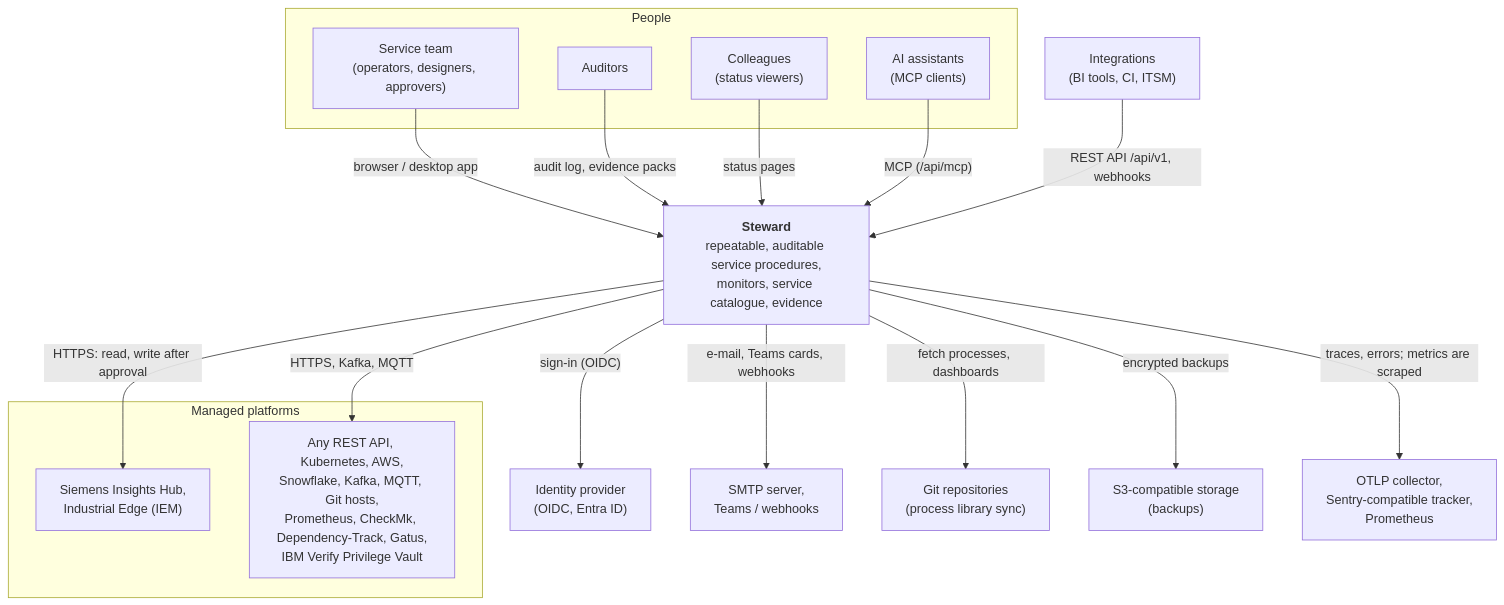
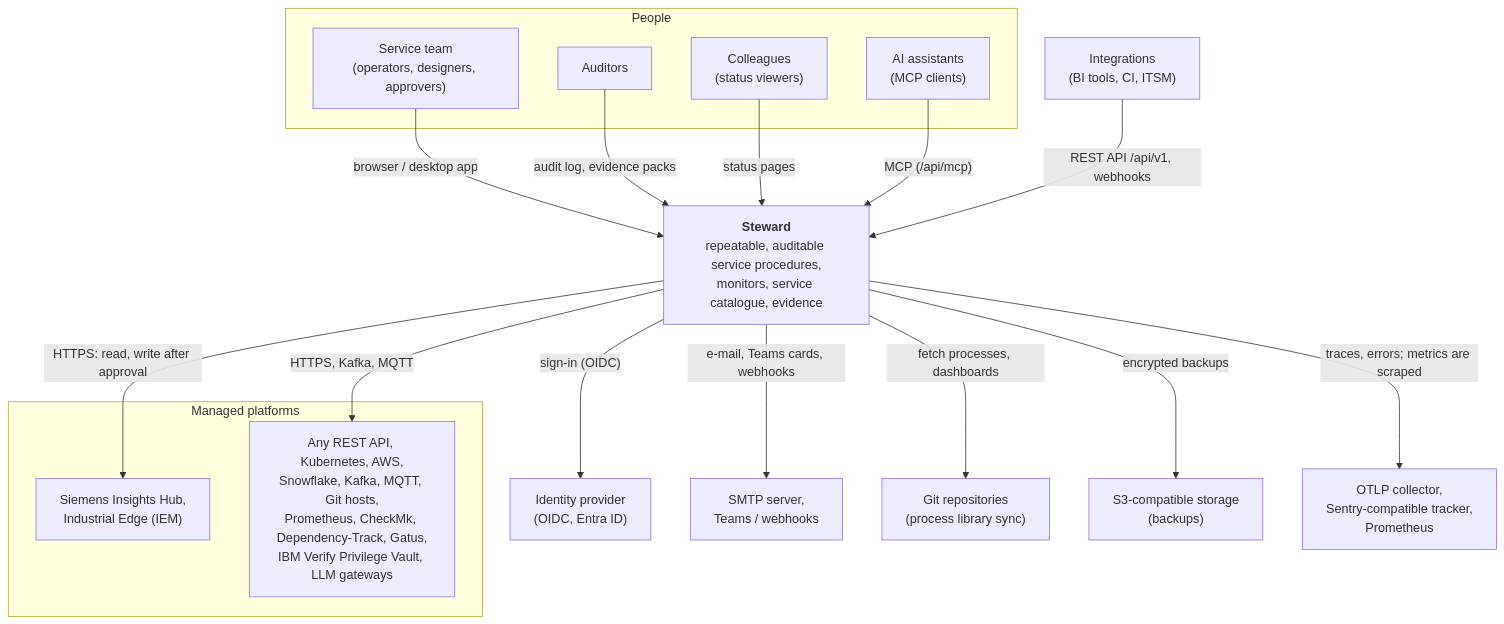
The first of 2 diagrams in docs/ARCHITECTURE.md (vxrz/Steward), drawn with Mermaid before and after one commit. The commit also changed other lines of this file and 6 other files, not shown here.

````diff
--- a/docs/ARCHITECTURE.md
+++ b/docs/ARCHITECTURE.md
@@ -9,36 +9,36 @@
 ```mermaid
 flowchart TB
   subgraph people [People]
     ops["Service team<br/>(operators, designers, approvers)"]
     aud["Auditors"]
     viewers["Colleagues<br/>(status viewers)"]
     ai["AI assistants<br/>(MCP clients)"]
   end
 
   steward["<b>Steward</b><br/>repeatable, auditable service procedures,<br/>monitors, service catalogue, evidence"]
 
   subgraph platforms [Managed platforms]
     ih["Siemens Insights Hub,<br/>Industrial Edge (IEM)"]
-    rest["Any REST API, Kubernetes, AWS,<br/>Snowflake, Kafka, MQTT, Git hosts,<br/>Prometheus, CheckMk, Dependency-Track, Gatus,<br/>IBM Verify Privilege Vault"]
+    rest["Any REST API, Kubernetes, AWS,<br/>Snowflake, Kafka, MQTT, Git hosts,<br/>Prometheus, CheckMk, Dependency-Track, Gatus,<br/>IBM Verify Privilege Vault, LLM gateways"]
   end
 
   idp["Identity provider<br/>(OIDC, Entra ID)"]
   mail["SMTP server,<br/>Teams / webhooks"]
   git["Git repositories<br/>(process library sync)"]
   s3["S3-compatible storage<br/>(backups)"]
   obs["OTLP collector,<br/>Sentry-compatible tracker,<br/>Prometheus"]
   int["Integrations<br/>(BI tools, CI, ITSM)"]
 
   ops -->|"browser / desktop app"| steward
   aud -->|"audit log, evidence packs"| steward
   viewers -->|"status pages"| steward
   ai -->|"MCP (/api/mcp)"| steward
   int -->|"REST API /api/v1, webhooks"| steward
   steward -->|"HTTPS: read, write after approval"| ih
   steward -->|"HTTPS, Kafka, MQTT"| rest
   steward -->|"sign-in (OIDC)"| idp
   steward -->|"e-mail, Teams cards, webhooks"| mail
   steward -->|"fetch processes, dashboards"| git
   steward -->|"encrypted backups"| s3
   steward -->|"traces, errors; metrics are scraped"| obs
 ```
````
